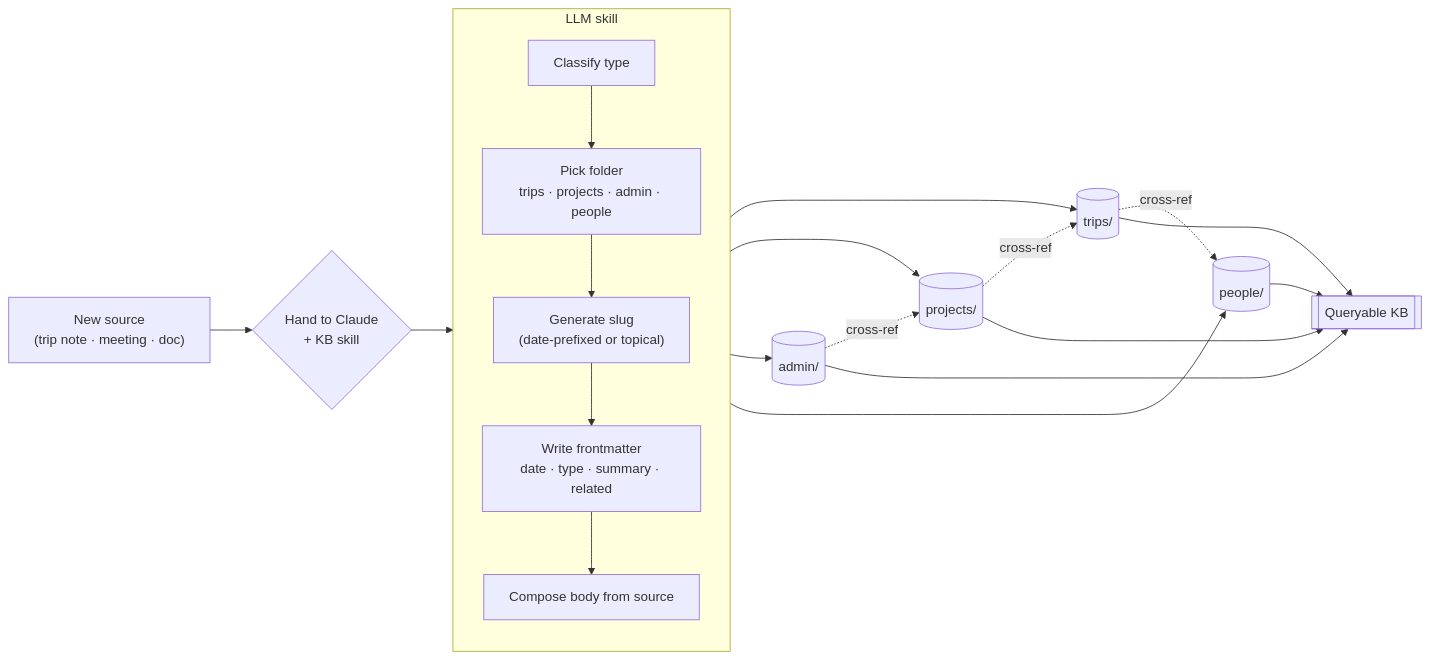
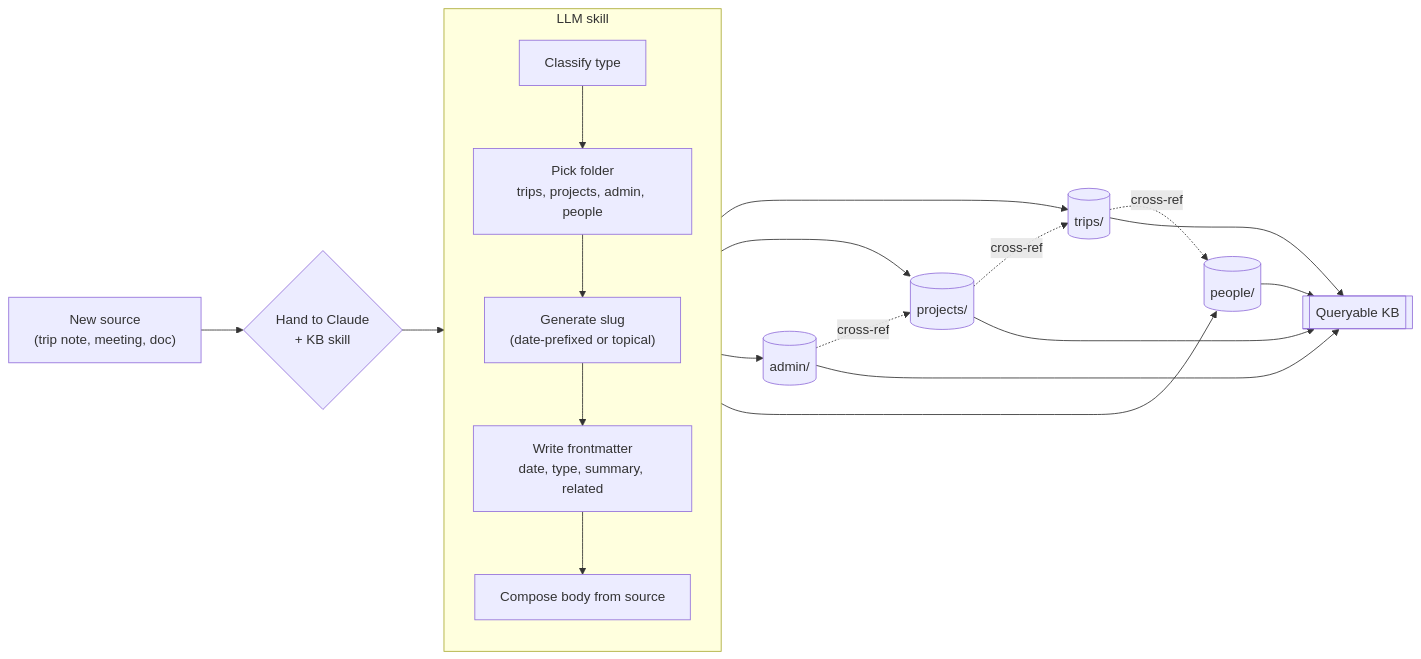
The diagram in _posts/2026-05-27-personal-knowledge-base-with-claude.md (seungwooketi/seungwooketi.github.io), drawn with Mermaid before and after one commit. The commit also changed other lines of this file and 19 other files, not shown here.

````diff
--- a/_posts/2026-05-27-personal-knowledge-base-with-claude.md
+++ b/_posts/2026-05-27-personal-knowledge-base-with-claude.md
@@ -87,28 +87,28 @@
 ```mermaid
 flowchart LR
-    A["New source<br/>(trip note · meeting · doc)"] --> B{"Hand to Claude<br/>+ KB skill"}
+    A["New source<br/>(trip note, meeting, doc)"] --> B{"Hand to Claude<br/>+ KB skill"}
 
     subgraph SKILL["LLM skill"]
         direction TB
-        C["Classify type"] --> D["Pick folder<br/>trips · projects · admin · people"]
+        C["Classify type"] --> D["Pick folder<br/>trips, projects, admin, people"]
         D --> E["Generate slug<br/>(date-prefixed or topical)"]
-        E --> F["Write frontmatter<br/>date · type · summary · related"]
+        E --> F["Write frontmatter<br/>date, type, summary, related"]
         F --> G["Compose body from source"]
     end
 
     B --> C
 
     G --> H1[("trips/")]
     G --> H2[("projects/")]
     G --> H3[("admin/")]
     G --> H4[("people/")]
 
     H1 -. cross-ref .-> H4
     H2 -. cross-ref .-> H1
     H3 -. cross-ref .-> H2
 
     H1 --> I[["Queryable KB"]]
     H2 --> I
     H3 --> I
     H4 --> I
 ```
````
